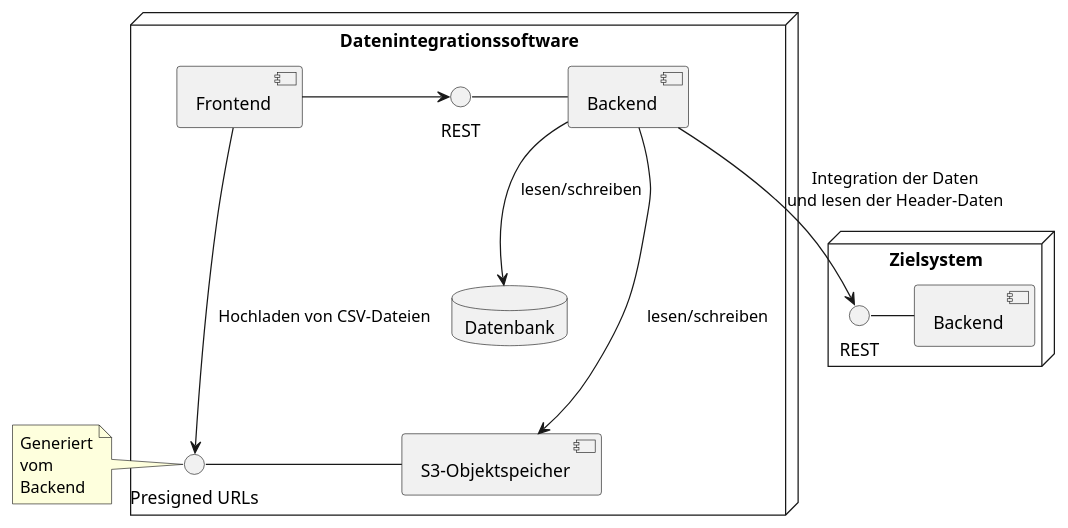
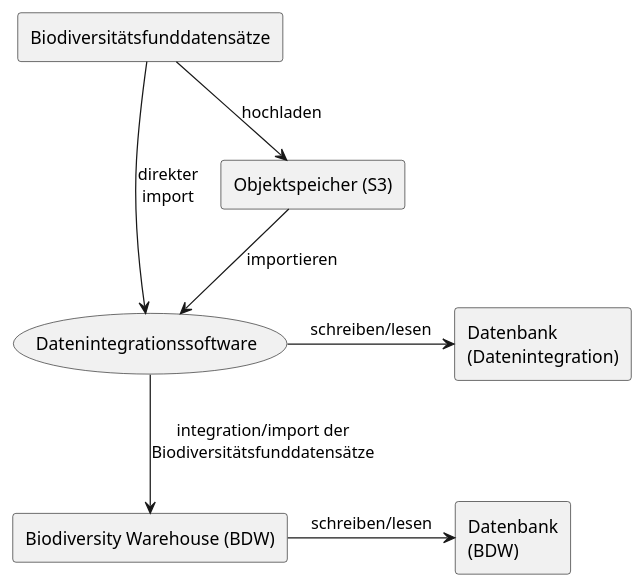
The diagram in data-integration-documentation/src/main/images/usecases/targetSystem.puml (TuncerCatalkaya/data-integration), drawn with PlantUML before and after one commit. The commit also changed 3 other files, not shown here.

Commit message:
diagrams

```diff
--- a/data-integration-documentation/src/main/images/usecases/targetSystem.puml
+++ b/data-integration-documentation/src/main/images/usecases/targetSystem.puml
@@ -1,38 +1,21 @@
 @startuml
 
-node "Datenintegrationssoftware" {
-    component "Frontend"
+rectangle Biodiversitätsfunddatensätze as biodiversitätsfunddatensätze
 
-    component "Backend" as b1
-    interface REST as r1
+usecase Datenintegrationssoftware as datenIntegration
+rectangle "Datenbank\n(Datenintegration)" as datenIntegrationDatenbank
+rectangle "Objektspeicher (S3)" as s3
 
-    component "S3-Objektspeicher" as s3
-    interface "Presigned URLs" as p1
+rectangle "Biodiversity Warehouse (BDW)" as bdw
+rectangle "Datenbank\n(BDW)" as bdwDatenbank
 
-    database "Datenbank"
-}
+biodiversitätsfunddatensätze --> datenIntegration: direkter\nimport
 
-note left of p1
-Generiert
-vom
-Backend
-end note
+datenIntegration -> datenIntegrationDatenbank: schreiben/lesen
+biodiversitätsfunddatensätze --> s3: hochladen
+s3 --> datenIntegration: importieren
+datenIntegration --> bdw: integration/import der\nBiodiversitätsfunddatensätze
 
-node "Zielsystem" {
-    component "Backend" as b2
-    interface REST as r2
-}
-
-b1 --> Datenbank: lesen/schreiben
-b1 --> s3: lesen/schreiben
-
-Frontend -> r1
-Frontend ---> p1: Hochladen von CSV-Dateien
-
-p1 - s3
-r1 - b1
-r2 - b2
-
-b1 --> r2: "Integration der Daten\nund lesen der Header-Daten"
+bdw -> bdwDatenbank: schreiben/lesen
 
 @enduml
```
